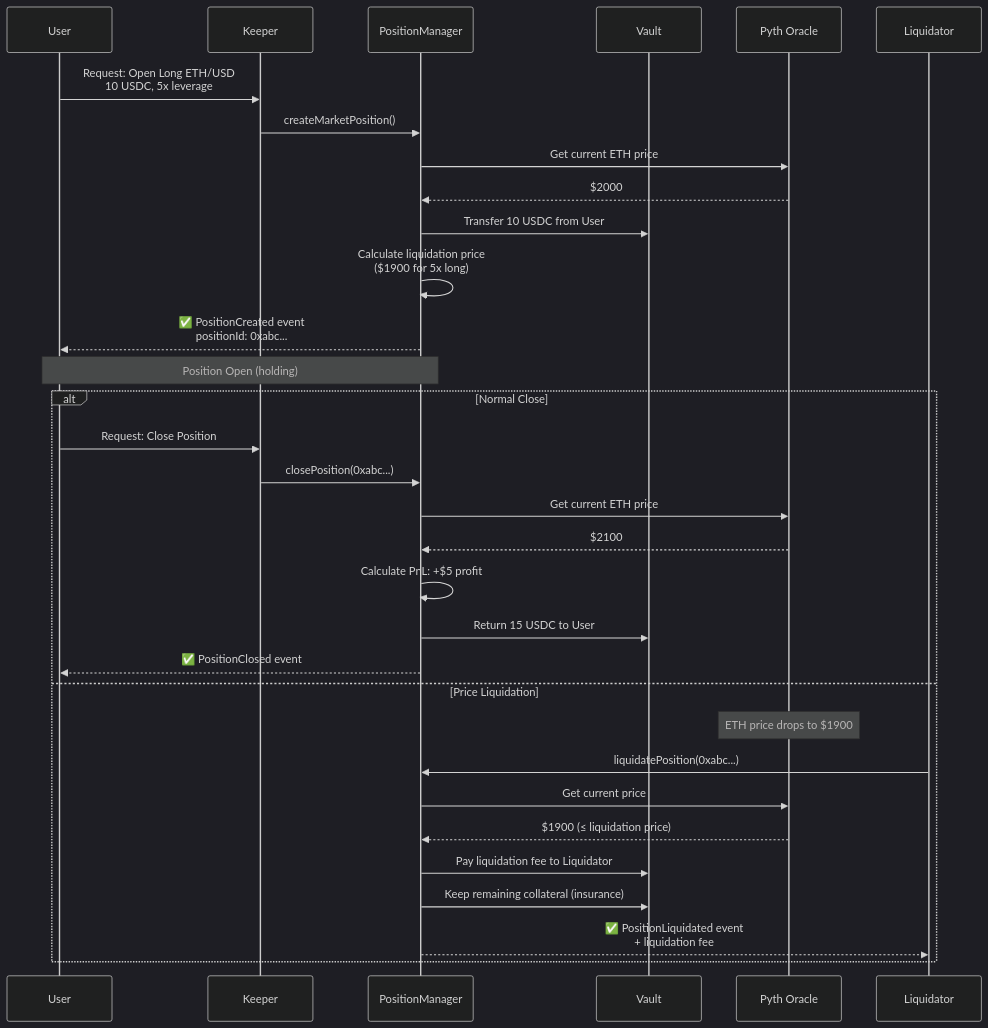
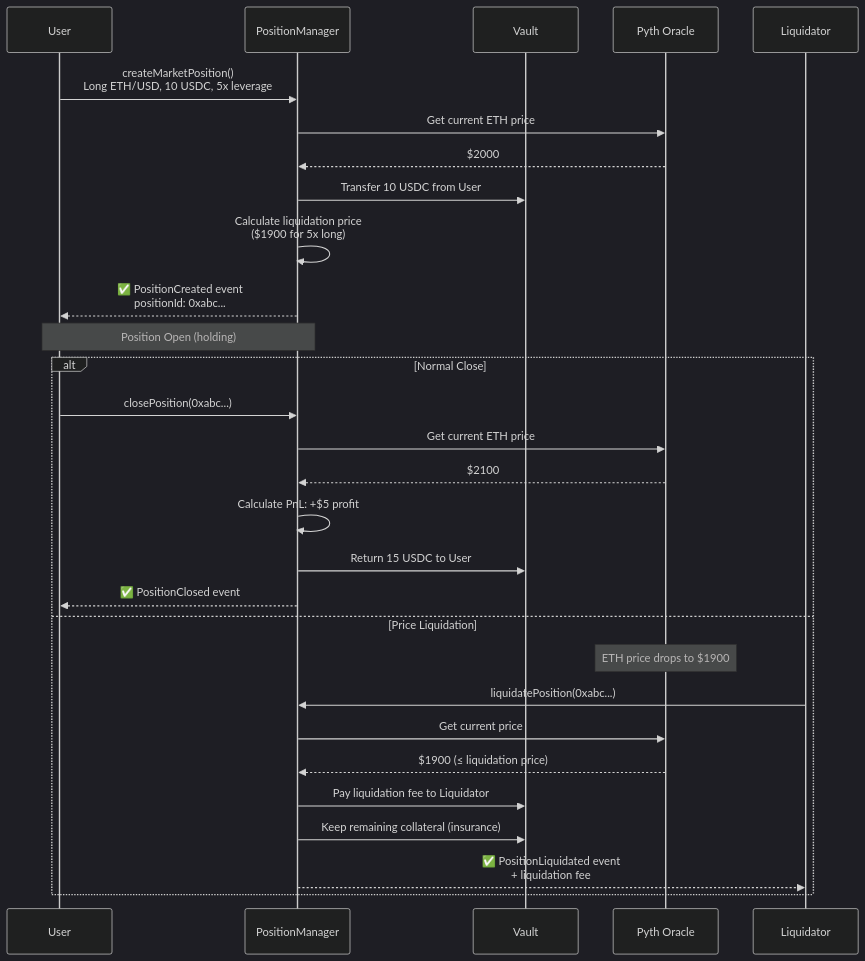
One commit to avasnap/tradestaprotocol changed the second of 8 diagrams in PROTOCOL_GUIDE.md. Above: the diagram before and after it, drawn with Mermaid (dark theme). The commit also changed other lines of this file, not shown here.

First line of the commit message:
Fix incorrect keeper requirements in PROTOCOL_GUIDE.md text

````diff
--- a/PROTOCOL_GUIDE.md
+++ b/PROTOCOL_GUIDE.md
@@ -81,38 +81,34 @@
 ```mermaid
 sequenceDiagram
     participant User
-    participant Keeper
     participant PositionManager
     participant Vault
     participant Pyth as Pyth Oracle
     participant Liquidator
 
-    User->>Keeper: Request: Open Long ETH/USD<br/>10 USDC, 5x leverage
-
-    Keeper->>PositionManager: createMarketPosition()
+    User->>PositionManager: createMarketPosition()<br/>Long ETH/USD, 10 USDC, 5x leverage
     PositionManager->>Pyth: Get current ETH price
     Pyth-->>PositionManager: $2000
     PositionManager->>Vault: Transfer 10 USDC from User
     PositionManager->>PositionManager: Calculate liquidation price<br/>($1900 for 5x long)
     PositionManager-->>User: ✅ PositionCreated event<br/>positionId: 0xabc...
 
     Note over User,PositionManager: Position Open (holding)
 
     alt Normal Close
-        User->>Keeper: Request: Close Position
-        Keeper->>PositionManager: closePosition(0xabc...)
+        User->>PositionManager: closePosition(0xabc...)
         PositionManager->>Pyth: Get current ETH price
         Pyth-->>PositionManager: $2100
         PositionManager->>PositionManager: Calculate PnL: +$5 profit
         PositionManager->>Vault: Return 15 USDC to User
         PositionManager-->>User: ✅ PositionClosed event
     else Price Liquidation
         Note over Pyth: ETH price drops to $1900
         Liquidator->>PositionManager: liquidatePosition(0xabc...)
         PositionManager->>Pyth: Get current price
         Pyth-->>PositionManager: $1900 (≤ liquidation price)
         PositionManager->>Vault: Pay liquidation fee to Liquidator
         PositionManager->>Vault: Keep remaining collateral (insurance)
         PositionManager-->>Liquidator: ✅ PositionLiquidated event<br/>+ liquidation fee
     end
 ```
````
